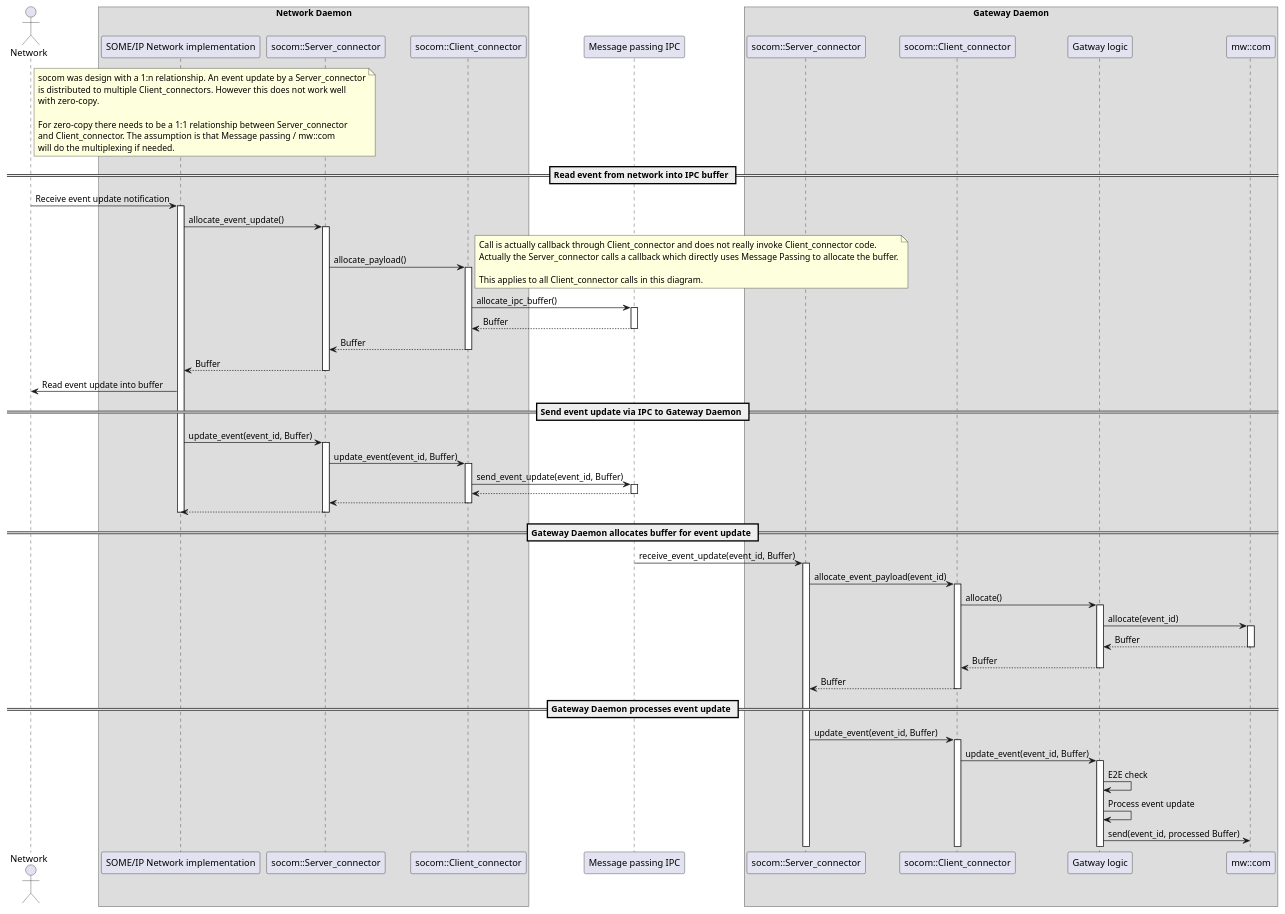
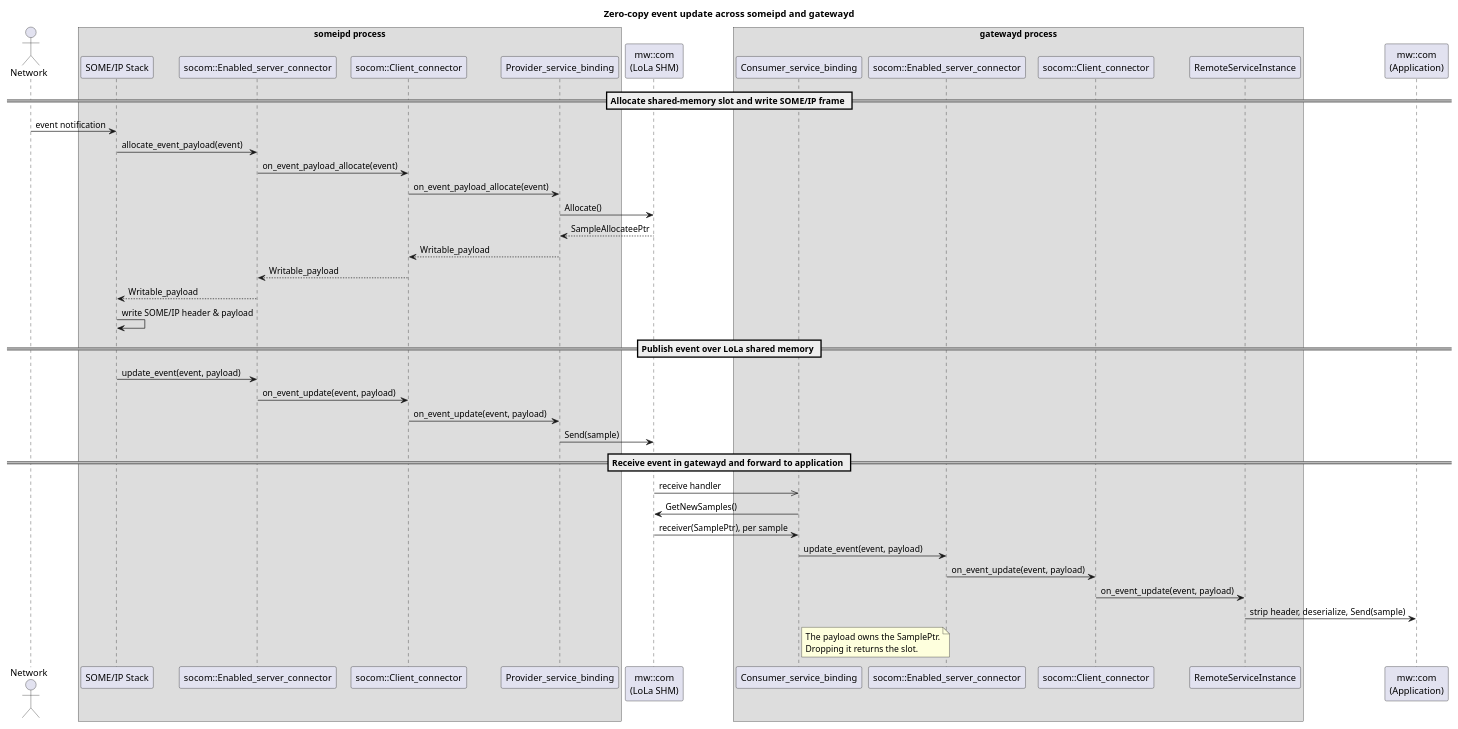
Before and after one commit to eclipse-score/inc_someip_gateway: the diagram in score/socom/docs/design/models/zero_copy_event_update.puml, drawn with PlantUML. The commit also changed 17 other files, not shown here.

First line of the commit message:
docs: add component architecture for socom, gateway_ipc_binding, and gatewayd (#385)

```diff
--- a/score/socom/docs/design/models/zero_copy_event_update.puml
+++ b/score/socom/docs/design/models/zero_copy_event_update.puml
@@ -14,96 +14,47 @@
 @startuml Zero Copy Event Update from Network
+title Zero-copy event update across someipd and gatewayd
 
-actor network as "Network"
+actor "Network" as network
+box "someipd process"
+participant "SOME/IP Stack" as someip_stack
+participant "socom::Enabled_server_connector" as socom_srv_nd
+participant "socom::Client_connector" as socom_cli_nd
+participant "Provider_service_binding" as ipc_provider
+end box
+participant "mw::com\n(LoLa SHM)" as lola_shm
+box "gatewayd process"
+participant "Consumer_service_binding" as ipc_consumer
+participant "socom::Enabled_server_connector" as socom_srv_gd
+participant "socom::Client_connector" as socom_cli_gd
+participant "RemoteServiceInstance" as remote_svc
+end box
+participant "mw::com\n(Application)" as app_mwcom
 
-box Network Daemon
+== Allocate shared-memory slot and write SOME/IP frame ==
+network -> someip_stack : event notification
+someip_stack -> socom_srv_nd : allocate_event_payload(event)
+socom_srv_nd -> socom_cli_nd : on_event_payload_allocate(event)
+socom_cli_nd -> ipc_provider : on_event_payload_allocate(event)
+ipc_provider -> lola_shm : Allocate()
+lola_shm --> ipc_provider : SampleAllocateePtr
+ipc_provider --> socom_cli_nd : Writable_payload
+socom_cli_nd --> socom_srv_nd : Writable_payload
+socom_srv_nd --> someip_stack : Writable_payload
+someip_stack -> someip_stack : write SOME/IP header & payload
 
-participant someip_network_impl as "SOME/IP Network implementation"
-participant socom_server_nd as "socom::Server_connector"
-participant socom_client_nd as "socom::Client_connector"
+== Publish event over LoLa shared memory ==
+someip_stack -> socom_srv_nd : update_event(event, payload)
+socom_srv_nd -> socom_cli_nd : on_event_update(event, payload)
+socom_cli_nd -> ipc_provider : on_event_update(event, payload)
+ipc_provider -> lola_shm : Send(sample)
 
-end box
-
-participant ipc as "Message passing IPC"
-
-box Gateway Daemon
-
-participant socom_server_gd as "socom::Server_connector"
-participant socom_client_gd as "socom::Client_connector"
-participant gateway as "Gatway logic"
-participant mwcom as "mw::com"
-
-end box
-
-note right network
-socom was design with a 1:n relationship. An event update by a Server_connector
-is distributed to multiple Client_connectors. However this does not work well
-with zero-copy.
-
-For zero-copy there needs to be a 1:1 relationship between Server_connector
-and Client_connector. The assumption is that Message passing / mw::com
-will do the multiplexing if needed.
-end note
-
-== Read event from network into IPC buffer ==
-
-network -> someip_network_impl : Receive event update notification
-
-activate someip_network_impl
-someip_network_impl -> socom_server_nd : allocate_event_update()
-activate socom_server_nd
-socom_server_nd -> socom_client_nd : allocate_payload()
-
-note right
-Call is actually callback through Client_connector and does not really invoke Client_connector code.
-Actually the Server_connector calls a callback which directly uses Message Passing to allocate the buffer.
-
-This applies to all Client_connector calls in this diagram.
-end note
-
-activate socom_client_nd
-socom_client_nd -> ipc : allocate_ipc_buffer()
-activate ipc
-return Buffer
-return Buffer
-return Buffer
-someip_network_impl -> network : Read event update into buffer
-
-== Send event update via IPC to Gateway Daemon ==
-
-someip_network_impl -> socom_server_nd : update_event(event_id, Buffer)
-activate socom_server_nd
-socom_server_nd -> socom_client_nd : update_event(event_id, Buffer)
-activate socom_client_nd
-socom_client_nd -> ipc : send_event_update(event_id, Buffer)
-activate ipc
-return
-return
-return
-deactivate someip_network_impl
-
-== Gateway Daemon allocates buffer for event update ==
-
-ipc -> socom_server_gd : receive_event_update(event_id, Buffer)
-activate socom_server_gd
-socom_server_gd -> socom_client_gd : allocate_event_payload(event_id)
-activate socom_client_gd
-socom_client_gd -> gateway : allocate()
-activate gateway
-gateway -> mwcom : allocate(event_id)
-activate mwcom
-return Buffer
-return Buffer
-return Buffer
-
-== Gateway Daemon processes event update ==
-
-socom_server_gd -> socom_client_gd : update_event(event_id, Buffer)
-activate socom_client_gd
-socom_client_gd -> gateway : update_event(event_id, Buffer)
-activate gateway
-gateway -> gateway : E2E check
-gateway -> gateway : Process event update
-
-gateway -> mwcom : send(event_id, processed Buffer)
-
+== Receive event in gatewayd and forward to application ==
+lola_shm ->> ipc_consumer : receive handler
+ipc_consumer -> lola_shm : GetNewSamples()
+lola_shm -> ipc_consumer : receiver(SamplePtr), per sample
+ipc_consumer -> socom_srv_gd : update_event(event, payload)
+socom_srv_gd -> socom_cli_gd : on_event_update(event, payload)
+socom_cli_gd -> remote_svc : on_event_update(event, payload)
+remote_svc -> app_mwcom : strip header, deserialize, Send(sample)
+note right of ipc_consumer : The payload owns the SamplePtr.\nDropping it returns the slot.
 @enduml
```
